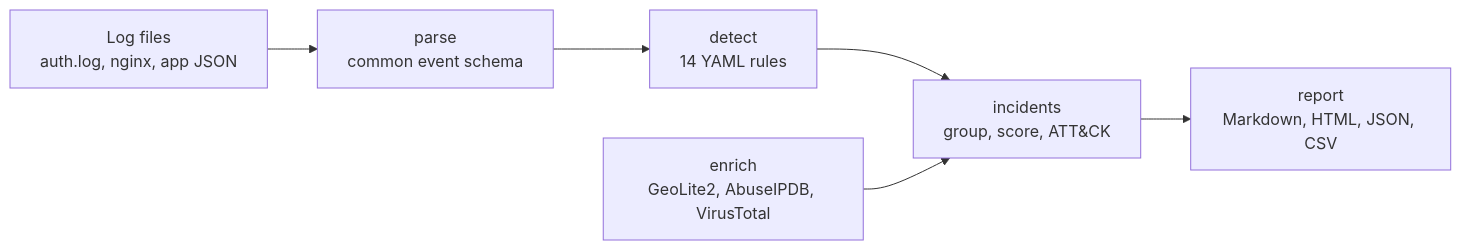
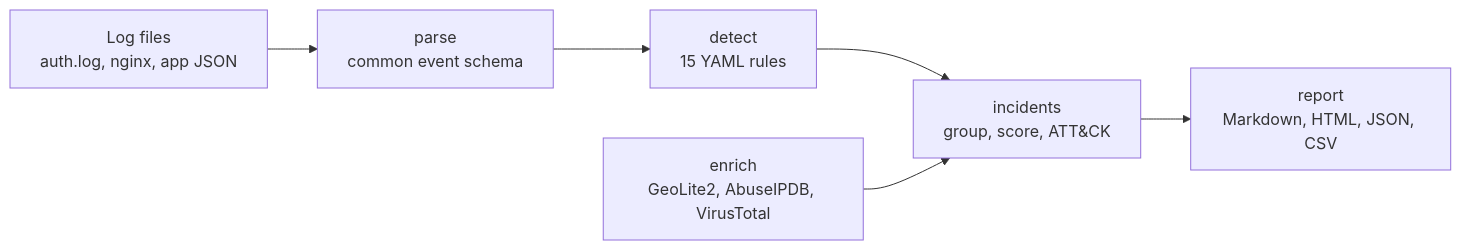
One commit to UtshaBasak/Prohori changed the diagram in README.md. Above: the diagram before and after it, drawn with Mermaid. The commit also changed other lines of this file and 11 other files, not shown here.

Commit message:
chore: regenerate the sample incident and golden files for the sequence fix

````diff
--- a/README.md
+++ b/README.md
@@ -57,8 +57,8 @@
 ```mermaid
 flowchart LR
     A[Log files<br>auth.log, nginx, app JSON] --> B[parse<br>common event schema]
-    B --> C[detect<br>14 YAML rules]
+    B --> C[detect<br>15 YAML rules]
     C --> D[incidents<br>group, score, ATT&CK]
     E[enrich<br>GeoLite2, AbuseIPDB, VirusTotal] --> D
     D --> F[report<br>Markdown, HTML, JSON, CSV]
 ```
````
